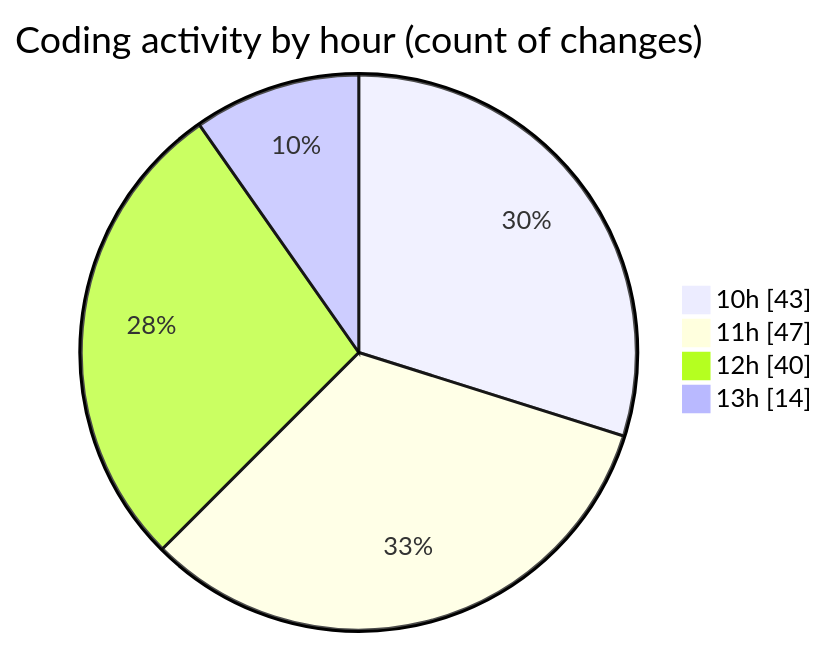
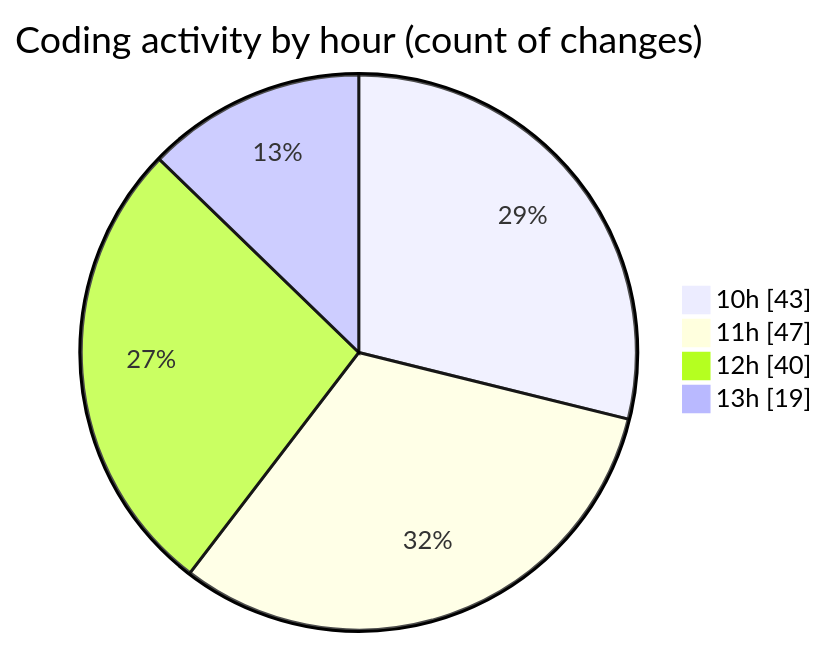
Before and after one commit to momahboobian/code-tracking: the second of 2 diagrams in 2025-02-10/cda/README.md, drawn with Mermaid. The commit also changed other lines of this file and 1 other file, not shown here.

````diff
--- a/2025-02-10/cda/README.md
+++ b/2025-02-10/cda/README.md
@@ -35,8 +35,8 @@
 ```mermaid
 pie showData
 title Coding activity by hour (count of changes)
 "10h" : 43
 "11h" : 47
 "12h" : 40
-"13h" : 14
+"13h" : 19
 ```
````
